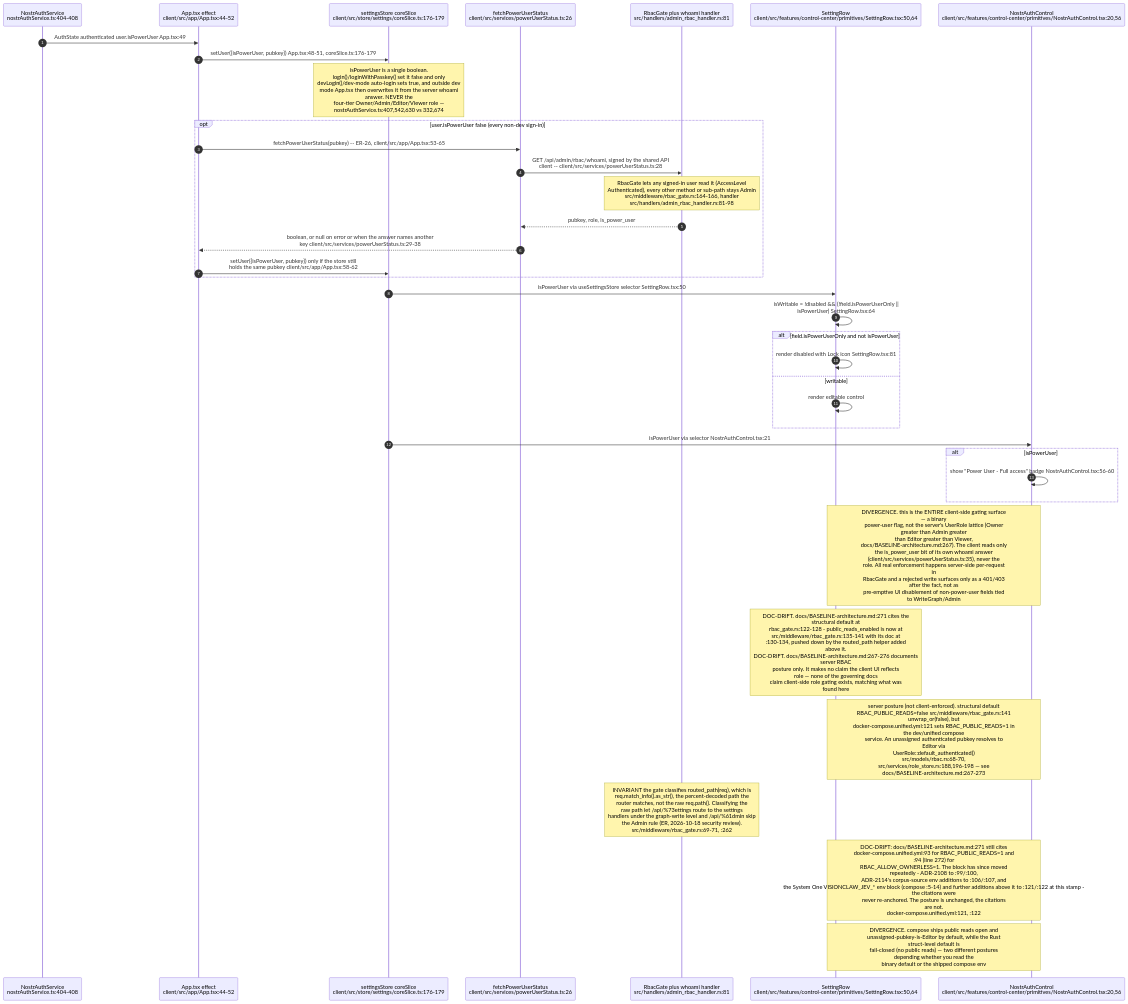
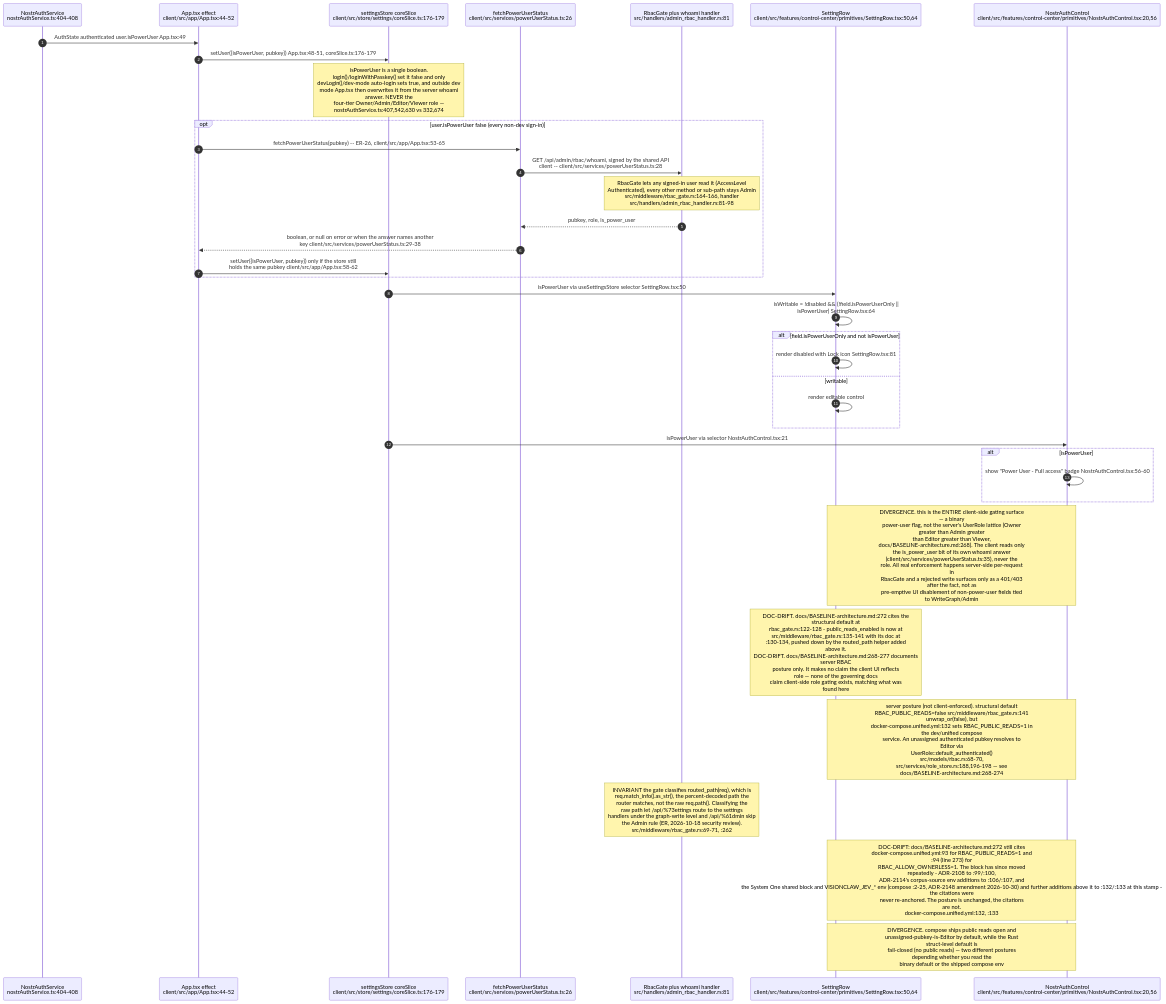
One commit to DreamLab-AI/VisionFlow changed the sixth of 8 diagrams in docs/diagrams/visionclaw/33-client-auth-and-identity.md. Above: the diagram before and after it, drawn with Mermaid. The commit also changed other lines of this file and 142 other files, not shown here.

First line of the commit message:
docs(diagrams): one System One route; re-verify 140 topics at today's heads

````diff
--- a/docs/diagrams/visionclaw/33-client-auth-and-identity.md
+++ b/docs/diagrams/visionclaw/33-client-auth-and-identity.md
@@ -289,42 +289,42 @@
 ```mermaid
 sequenceDiagram
     autonumber
     participant NA as NostrAuthService<br/>nostrAuthService.ts:404-408
     participant App as App.tsx effect<br/>client/src/app/App.tsx:44-52
     participant Store as settingsStore coreSlice<br/>client/src/store/settings/coreSlice.ts:176-179
     participant PUS as fetchPowerUserStatus<br/>client/src/services/powerUserStatus.ts:26
     participant SRV as RbacGate plus whoami handler<br/>src/handlers/admin_rbac_handler.rs:81
     participant Row as SettingRow<br/>client/src/features/control-center/primitives/SettingRow.tsx:50,64
     participant Ctl as NostrAuthControl<br/>client/src/features/control-center/primitives/NostrAuthControl.tsx:20,56
 
     NA->>App: AuthState authenticated user.isPowerUser App.tsx:49
     App->>Store: setUser({isPowerUser, pubkey}) App.tsx:48-51, coreSlice.ts:176-179
     Note over Store: isPowerUser is a single boolean.<br/>login()/loginWithPasskey() set it false and only<br/>devLogin()/dev-mode auto-login sets true, and outside dev<br/>mode App.tsx then overwrites it from the server whoami<br/>answer. NEVER the<br/>four-tier Owner/Admin/Editor/Viewer role —<br/>nostrAuthService.ts:407,542,630 vs 332,674
     opt user.isPowerUser false (every non-dev sign-in)
         App->>PUS: fetchPowerUserStatus(pubkey) -- ER-26, client/src/app/App.tsx:53-65
         PUS->>SRV: GET /api/admin/rbac/whoami, signed by the shared API<br/>client -- client/src/services/powerUserStatus.ts:28
         Note over SRV: RbacGate lets any signed-in user read it (AccessLevel<br/>Authenticated), every other method or sub-path stays Admin<br/>src/middleware/rbac_gate.rs:164-166, handler<br/>src/handlers/admin_rbac_handler.rs:81-98
         SRV-->>PUS: pubkey, role, is_power_user
         PUS-->>App: boolean, or null on error or when the answer names another<br/>key client/src/services/powerUserStatus.ts:29-38
         App->>Store: setUser({isPowerUser, pubkey}) only if the store still<br/>holds the same pubkey client/src/app/App.tsx:58-62
     end
     Store->>Row: isPowerUser via useSettingsStore selector SettingRow.tsx:50
     Row->>Row: isWritable = !disabled && (!field.isPowerUserOnly ||<br/>isPowerUser) SettingRow.tsx:64
     alt field.isPowerUserOnly and not isPowerUser
         Row->>Row: render disabled with Lock icon SettingRow.tsx:81
     else writable
         Row->>Row: render editable control
     end
     Store->>Ctl: isPowerUser via selector NostrAuthControl.tsx:21
     alt isPowerUser
         Ctl->>Ctl: show "Power User - Full access" badge NostrAuthControl.tsx:56-60
     end
 
-    Note over Row,Ctl: DIVERGENCE. this is the ENTIRE client-side gating surface<br/>— a binary<br/>power-user flag, not the server's UserRole lattice (Owner<br/>greater than Admin greater<br/>than Editor greater than Viewer,<br/>docs/BASELINE-architecture.md:267). The client reads only<br/>the is_power_user bit of its own whoami answer<br/>(client/src/services/powerUserStatus.ts:35), never the<br/>role. All real enforcement happens server-side per-request<br/>in<br/>RbacGate and a rejected write surfaces only as a 401/403<br/>after the fact, not as<br/>pre-emptive UI disablement of non-power-user fields tied<br/>to WriteGraph/Admin
-    Note over Row: DOC-DRIFT. docs/BASELINE-architecture.md:271 cites the<br/>structural default at<br/>rbac_gate.rs:122-128 - public_reads_enabled is now at<br/>src/middleware/rbac_gate.rs:135-141 with its doc at<br/>:130-134, pushed down by the routed_path helper added<br/>above it.<br/>DOC-DRIFT. docs/BASELINE-architecture.md:267-276 documents<br/>server RBAC<br/>posture only. It makes no claim the client UI reflects<br/>role — none of the governing docs<br/>claim client-side role gating exists, matching what was<br/>found here
+    Note over Row,Ctl: DIVERGENCE. this is the ENTIRE client-side gating surface<br/>— a binary<br/>power-user flag, not the server's UserRole lattice (Owner<br/>greater than Admin greater<br/>than Editor greater than Viewer,<br/>docs/BASELINE-architecture.md:268). The client reads only<br/>the is_power_user bit of its own whoami answer<br/>(client/src/services/powerUserStatus.ts:35), never the<br/>role. All real enforcement happens server-side per-request<br/>in<br/>RbacGate and a rejected write surfaces only as a 401/403<br/>after the fact, not as<br/>pre-emptive UI disablement of non-power-user fields tied<br/>to WriteGraph/Admin
+    Note over Row: DOC-DRIFT. docs/BASELINE-architecture.md:272 cites the<br/>structural default at<br/>rbac_gate.rs:122-128 - public_reads_enabled is now at<br/>src/middleware/rbac_gate.rs:135-141 with its doc at<br/>:130-134, pushed down by the routed_path helper added<br/>above it.<br/>DOC-DRIFT. docs/BASELINE-architecture.md:268-277 documents<br/>server RBAC<br/>posture only. It makes no claim the client UI reflects<br/>role — none of the governing docs<br/>claim client-side role gating exists, matching what was<br/>found here
 
-    Note over Row,Ctl: server posture (not client-enforced). structural default<br/>RBAC_PUBLIC_READS=false src/middleware/rbac_gate.rs:141<br/>unwrap_or(false), but<br/>docker-compose.unified.yml:121 sets RBAC_PUBLIC_READS=1 in<br/>the dev/unified compose<br/>service. An unassigned authenticated pubkey resolves to<br/>Editor via<br/>UserRole::default_authenticated()<br/>src/models/rbac.rs:68-70,<br/>src/services/role_store.rs:188,196-198 — see<br/>docs/BASELINE-architecture.md:267-273
+    Note over Row,Ctl: server posture (not client-enforced). structural default<br/>RBAC_PUBLIC_READS=false src/middleware/rbac_gate.rs:141<br/>unwrap_or(false), but<br/>docker-compose.unified.yml:132 sets RBAC_PUBLIC_READS=1 in<br/>the dev/unified compose<br/>service. An unassigned authenticated pubkey resolves to<br/>Editor via<br/>UserRole::default_authenticated()<br/>src/models/rbac.rs:68-70,<br/>src/services/role_store.rs:188,196-198 — see<br/>docs/BASELINE-architecture.md:268-274
     Note over SRV: INVARIANT the gate classifies routed_path(req), which is<br/>req.match_info().as_str(), the percent-decoded path the<br/>router matches, not the raw req.path(). Classifying the<br/>raw path let /api/%73ettings route to the settings<br/>handlers under the graph-write level and /api/%61dmin skip<br/>the Admin rule (ER, 2026-10-18 security review).<br/>src/middleware/rbac_gate.rs:69-71, :262
-    Note over Row,Ctl: DOC-DRIFT: docs/BASELINE-architecture.md:271 still cites<br/>docker-compose.unified.yml:93 for RBAC_PUBLIC_READS=1 and<br/>:94 (line 272) for<br/>RBAC_ALLOW_OWNERLESS=1. The block has since moved<br/>repeatedly - ADR-2108 to :99/:100,<br/>ADR-2114's corpus-source env additions to :106/:107, and<br/>the System One VISIONCLAW_JEV_* env block (compose :5-14) and further additions above it to :121/:122 at this stamp -<br/>the citations were<br/>never re-anchored. The posture is unchanged, the citations<br/>are not.<br/>docker-compose.unified.yml:121, :122
+    Note over Row,Ctl: DOC-DRIFT: docs/BASELINE-architecture.md:272 still cites<br/>docker-compose.unified.yml:93 for RBAC_PUBLIC_READS=1 and<br/>:94 (line 273) for<br/>RBAC_ALLOW_OWNERLESS=1. The block has since moved<br/>repeatedly - ADR-2108 to :99/:100,<br/>ADR-2114's corpus-source env additions to :106/:107, and<br/>the System One shared block and VISIONCLAW_JEV_* env (compose :2-25, ADR-2148 amendment 2026-10-30) and further additions above it to :132/:133 at this stamp -<br/>the citations were<br/>never re-anchored. The posture is unchanged, the citations<br/>are not.<br/>docker-compose.unified.yml:132, :133
     Note over Row,Ctl: DIVERGENCE. compose ships public reads open and<br/>unassigned-pubkey-is-Editor by default, while the Rust<br/>struct-level default is<br/>fail-closed (no public reads) — two different postures<br/>depending whether you read the<br/>binary default or the shipped compose env
 ```
````
